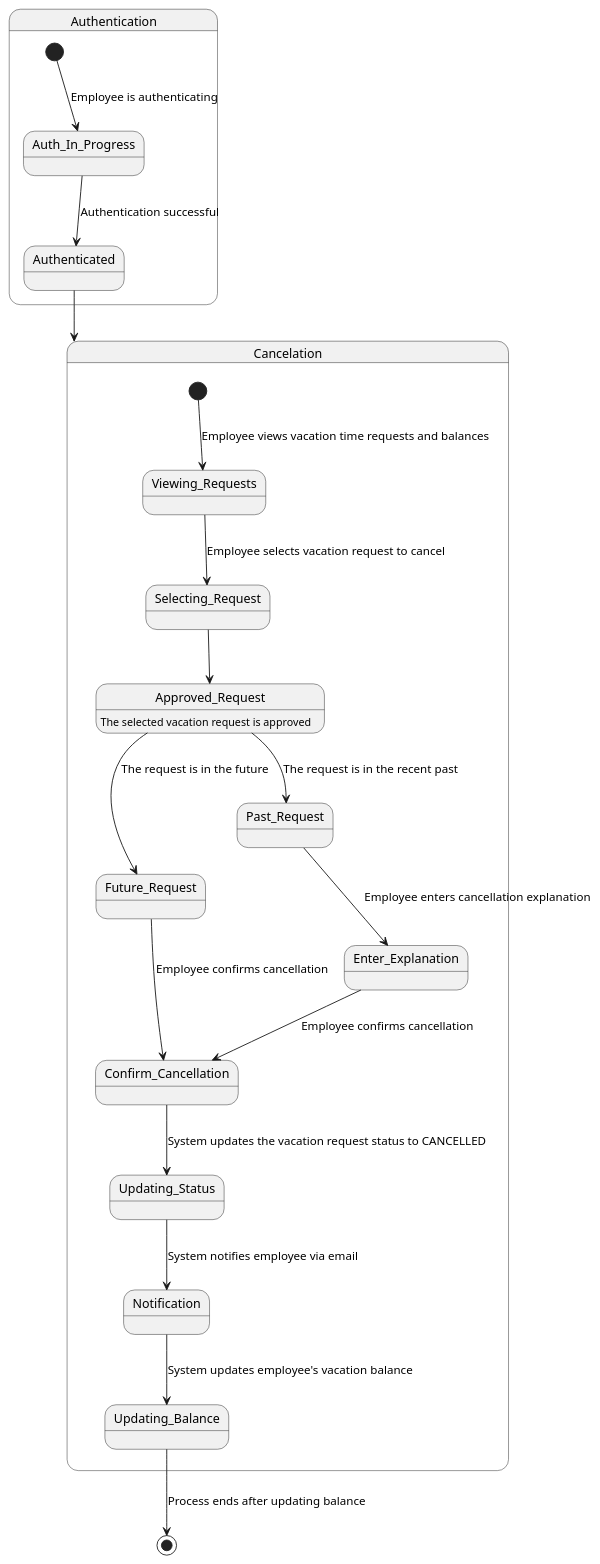
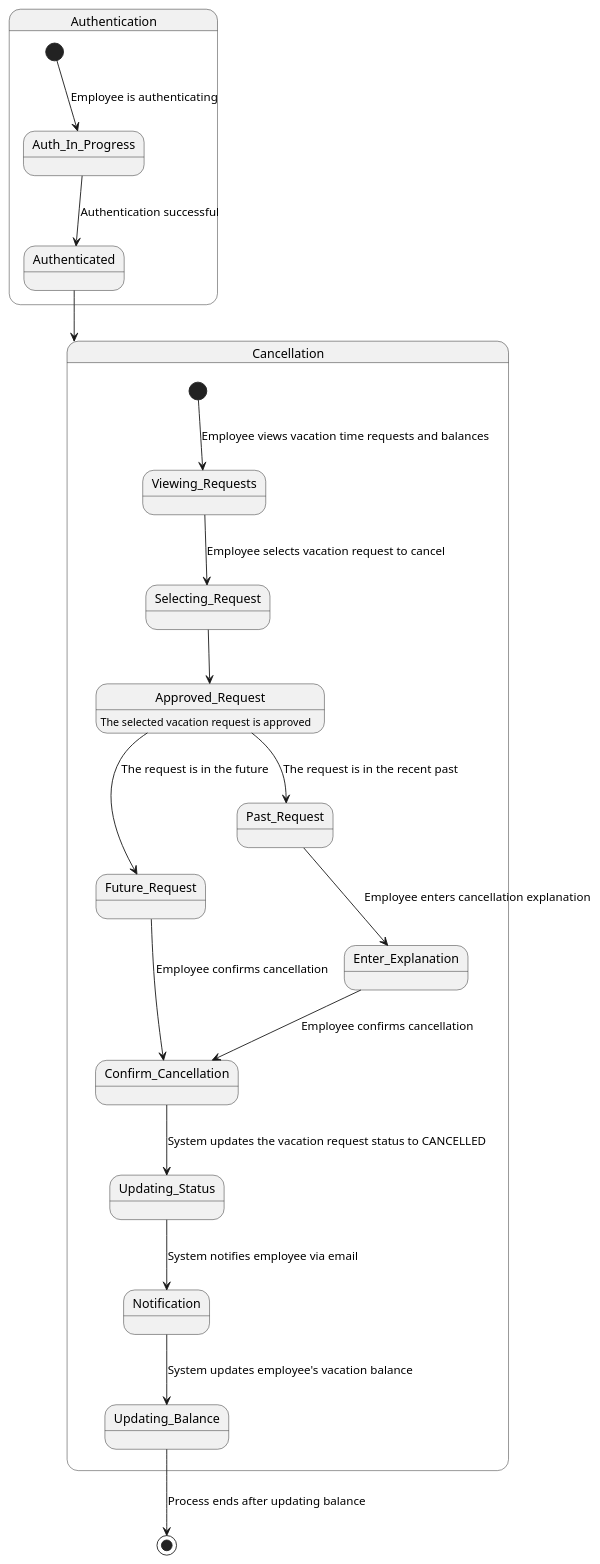
One commit to Adel1250/Vacation-Tracking-System changed the diagram in diagrams/state-machine/code/cancelled.puml. Above: the diagram before and after it, drawn with PlantUML.

Commit message:
Update cancellation state machine diagram

```diff
--- a/diagrams/state-machine/code/cancelled.puml
+++ b/diagrams/state-machine/code/cancelled.puml
@@ -1,36 +1,36 @@
 @startuml Cancelled
 
 state Authentication {
     [*] --> Auth_In_Progress : Employee is authenticating
 
     Auth_In_Progress --> Authenticated : Authentication successful
 }
 
-Authenticated --> Cancelation
+Authenticated --> Cancellation
 
-state Cancelation {
+state Cancellation {
     [*] --> Viewing_Requests : Employee views vacation time requests and balances
 
     Viewing_Requests --> Selecting_Request : Employee selects vacation request to cancel
 
     Selecting_Request --> Approved_Request
 
     Approved_Request : The selected vacation request is approved
 
     Approved_Request --> Future_Request : The request is in the future
     Approved_Request --> Past_Request : The request is in the recent past
 
     Future_Request --> Confirm_Cancellation : Employee confirms cancellation
 
     Past_Request --> Enter_Explanation : Employee enters cancellation explanation
     Enter_Explanation --> Confirm_Cancellation : Employee confirms cancellation
 
     Confirm_Cancellation --> Updating_Status : System updates the vacation request status to CANCELLED
 
     Updating_Status --> Notification : System notifies employee via email
     Notification --> Updating_Balance : System updates employee's vacation balance
 
 }
 Updating_Balance --> [*] : Process ends after updating balance
 
 @enduml
```
